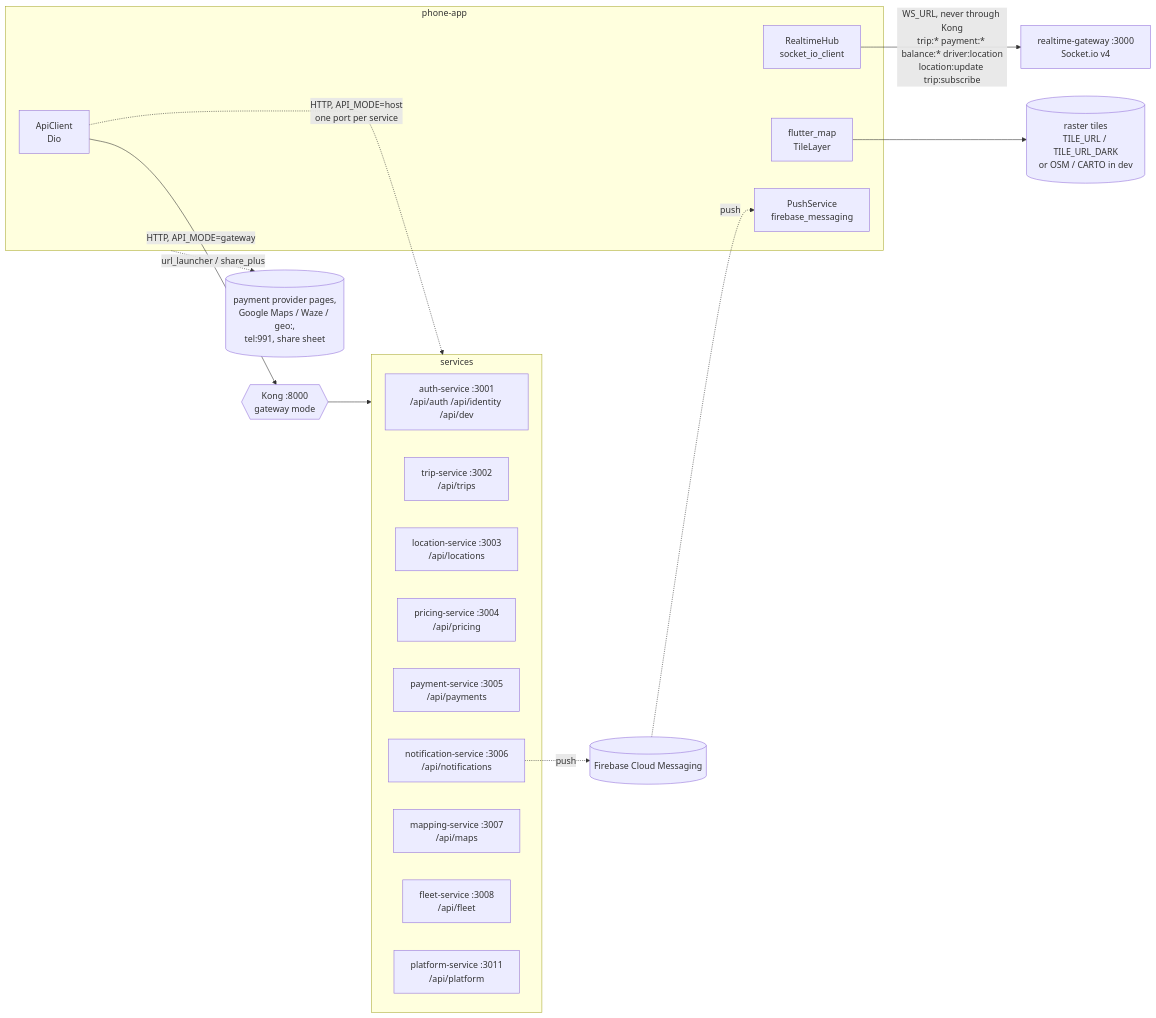
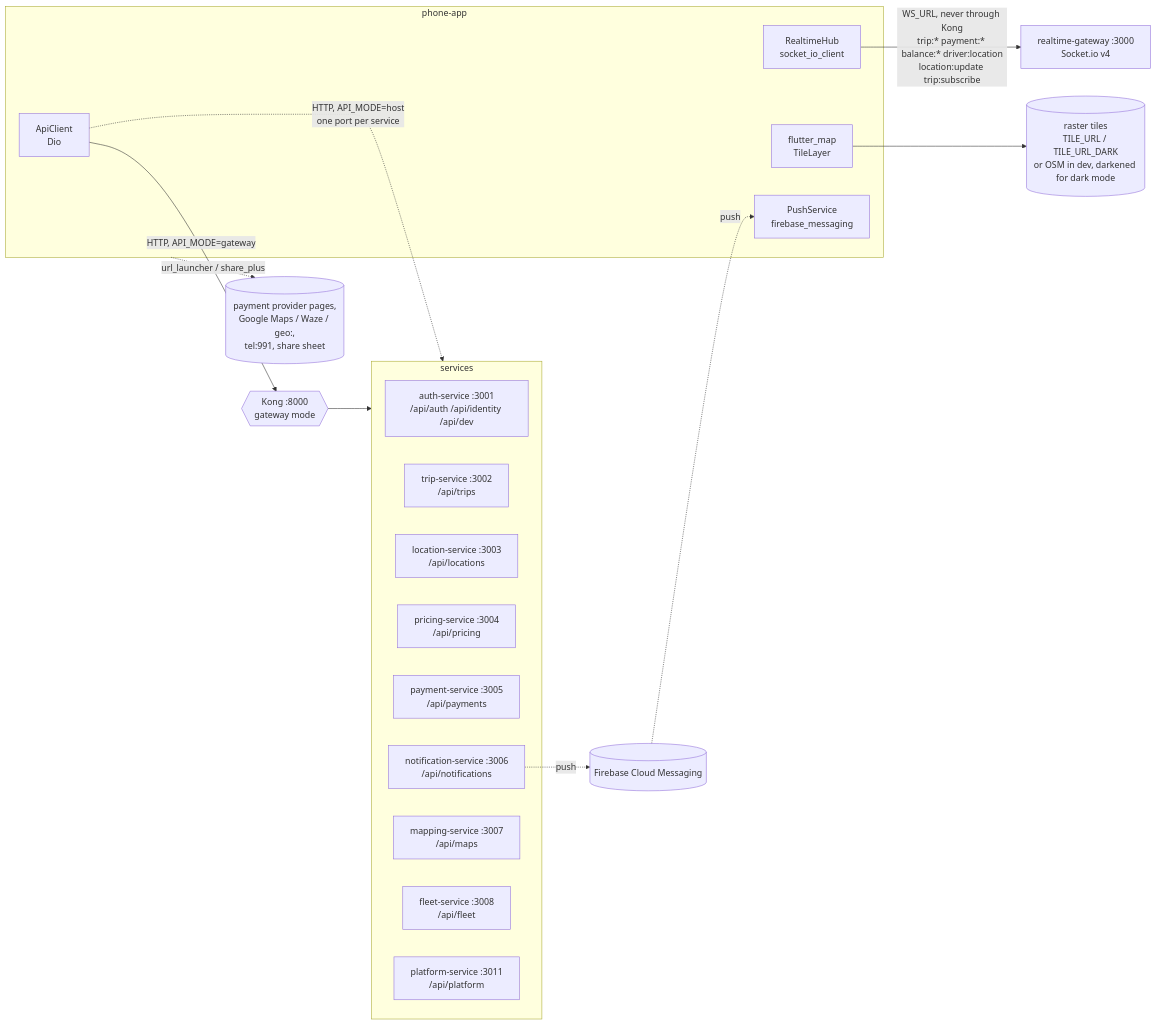
Before and after one commit to beab1212/Anbessa: the diagram in apps/phone-app/docs/README.md, drawn with Mermaid. The commit also changed 8 other files, not shown here.

````diff
--- a/apps/phone-app/docs/README.md
+++ b/apps/phone-app/docs/README.md
@@ -27,38 +27,38 @@
 ```mermaid
 flowchart LR
   subgraph Phone["phone-app"]
     API[ApiClient<br/>Dio]
     HUB[RealtimeHub<br/>socket_io_client]
     MAP[flutter_map<br/>TileLayer]
     PUSH[PushService<br/>firebase_messaging]
   end
 
   KONG{{Kong :8000<br/>gateway mode}}
   API -- "HTTP, API_MODE=gateway" --> KONG
   API -. "HTTP, API_MODE=host<br/>one port per service" .-> SVC
 
   subgraph SVC["services"]
     AUTH[auth-service :3001<br/>/api/auth /api/identity /api/dev]
     TRIP[trip-service :3002<br/>/api/trips]
     LOC[location-service :3003<br/>/api/locations]
     PRICE[pricing-service :3004<br/>/api/pricing]
     PAY[payment-service :3005<br/>/api/payments]
     NOTIF[notification-service :3006<br/>/api/notifications]
     MAPS[mapping-service :3007<br/>/api/maps]
     FLEET[fleet-service :3008<br/>/api/fleet]
     PLAT[platform-service :3011<br/>/api/platform]
   end
   KONG --> SVC
 
   RT[realtime-gateway :3000<br/>Socket.io v4]
   HUB -- "WS_URL, never through Kong<br/>trip:* payment:* balance:* driver:location<br/>location:update trip:subscribe" --> RT
 
-  TILES[(raster tiles<br/>TILE_URL / TILE_URL_DARK<br/>or OSM / CARTO in dev)]
+  TILES[(raster tiles<br/>TILE_URL / TILE_URL_DARK<br/>or OSM in dev, darkened for dark mode)]
   MAP --> TILES
 
   FCM[(Firebase Cloud Messaging)]
   NOTIF -. push .-> FCM -. push .-> PUSH
 
   EXT[(payment provider pages,<br/>Google Maps / Waze / geo:,<br/>tel:991, share sheet)]
   Phone -. url_launcher / share_plus .-> EXT
 ```
````
